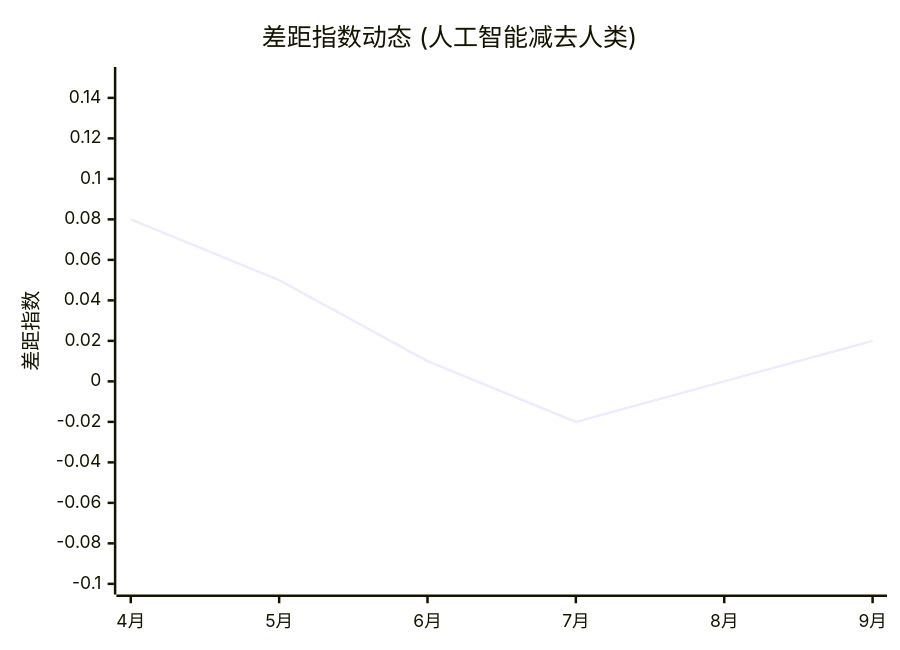
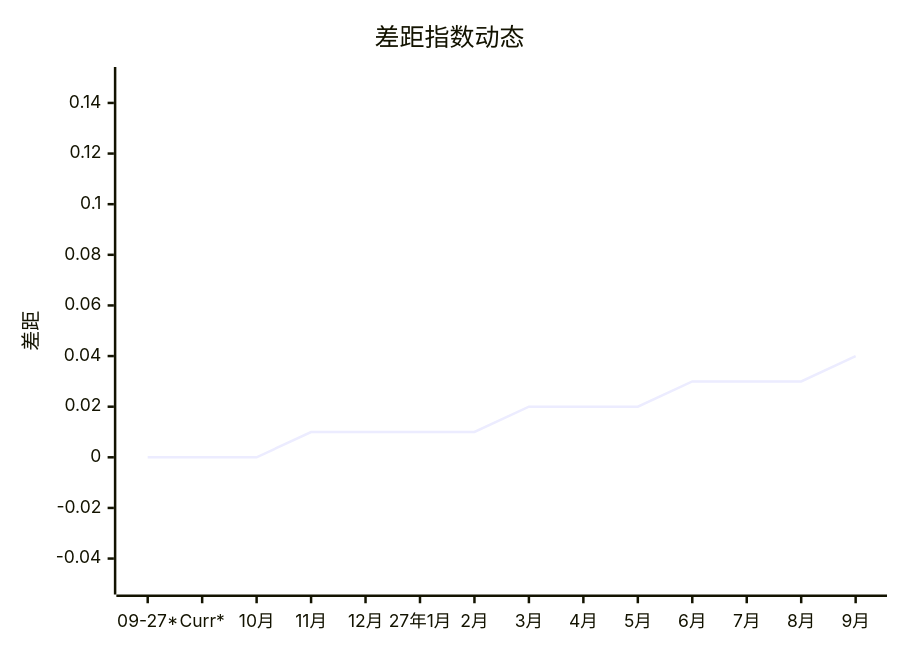
Before and after one commit to VQQLK/Human-AI-Monitor: the second of 2 diagrams in README.zh.md, drawn with Mermaid. The commit also changed other lines of this file and 2 other files, not shown here.

First line of the commit message:
fix(docs): base Mermaid charts on actual data from last 2 protocols

````diff
--- a/README.zh.md
+++ b/README.zh.md
@@ -29,7 +43,7 @@
 ```mermaid
 xychart-beta
-    title "差距指数动态 (人工智能减去人类)"
-    x-axis ["4月", "5月", "6月", "7月", "8月", "9月"]
-    y-axis "差距指数" -0.10 --> 0.15
-    line [0.08, 0.05, 0.01, -0.02, 0.00, 0.02]
+    title "差距指数动态"
+    x-axis ["09-27*", "Curr*", "10月", "11月", "12月", "27年1月", "2月", "3月", "4月", "5月", "6月", "7月", "8月", "9月"]
+    y-axis "差距" -0.05 --> 0.15
+    line [0.0, 0.0, 0.0, 0.01, 0.01, 0.01, 0.01, 0.02, 0.02, 0.02, 0.03, 0.03, 0.03, 0.04]
 ```
````
